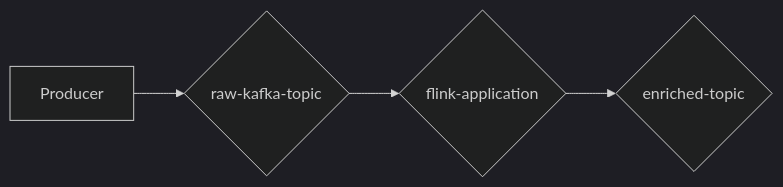
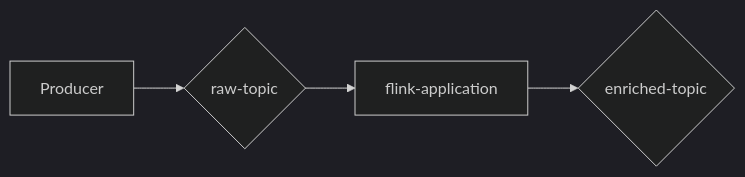
Before and after one commit to mozdzonekm/learning-stream-processing: the diagram in README.md, drawn with Mermaid (dark theme). The commit also changed other lines of this file, not shown here.

````diff
--- a/README.md
+++ b/README.md
@@ -27,6 +27,6 @@
 ```mermaid
 graph LR
-    A[Producer] --> B{raw-kafka-topic};
-    B --> C{flink-application};
+    A[Producer] --> B{raw-topic};
+    B --> C[flink-application];
     C --> D{enriched-topic};
 ```
````
